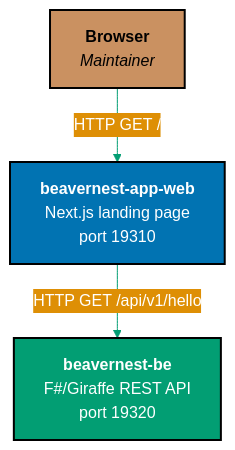
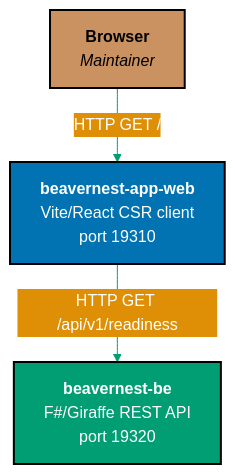
Before and after one commit to wahidyankf/open-sharia-fintech: the diagram in specs/apps/beavernest/system-context/README.md, drawn with Mermaid. The commit also changed other lines of this file and 8 other files, not shown here.

````diff
--- a/specs/apps/beavernest/system-context/README.md
+++ b/specs/apps/beavernest/system-context/README.md
@@ -6,14 +6,14 @@
 ```mermaid
 %%{init: {'theme':'base', 'themeVariables': { 'primaryColor':'#0173B2', 'primaryTextColor':'#fff', 'primaryBorderColor':'#000', 'lineColor':'#029E73', 'secondaryColor':'#DE8F05', 'tertiaryColor':'#CC78BC'}}}%%
 graph TB
     Browser["<b>Browser</b><br/><i>Maintainer</i>"]
-    FE["<b>beavernest-app-web</b><br/>Next.js landing page<br/>port 19310"]
+    FE["<b>beavernest-app-web</b><br/>Vite/React CSR client<br/>port 19310"]
     BE["<b>beavernest-be</b><br/>F#/Giraffe REST API<br/>port 19320"]
 
     Browser -->|"HTTP GET /"| FE
-    FE -->|"HTTP GET /api/v1/hello"| BE
+    FE -->|"HTTP GET /api/v1/readiness"| BE
 
     style Browser fill:#CA9161,stroke:#000,stroke-width:2px,color:#000
     style FE fill:#0173B2,stroke:#000,stroke-width:2px,color:#fff
     style BE fill:#029E73,stroke:#000,stroke-width:2px,color:#fff
 ```
````
